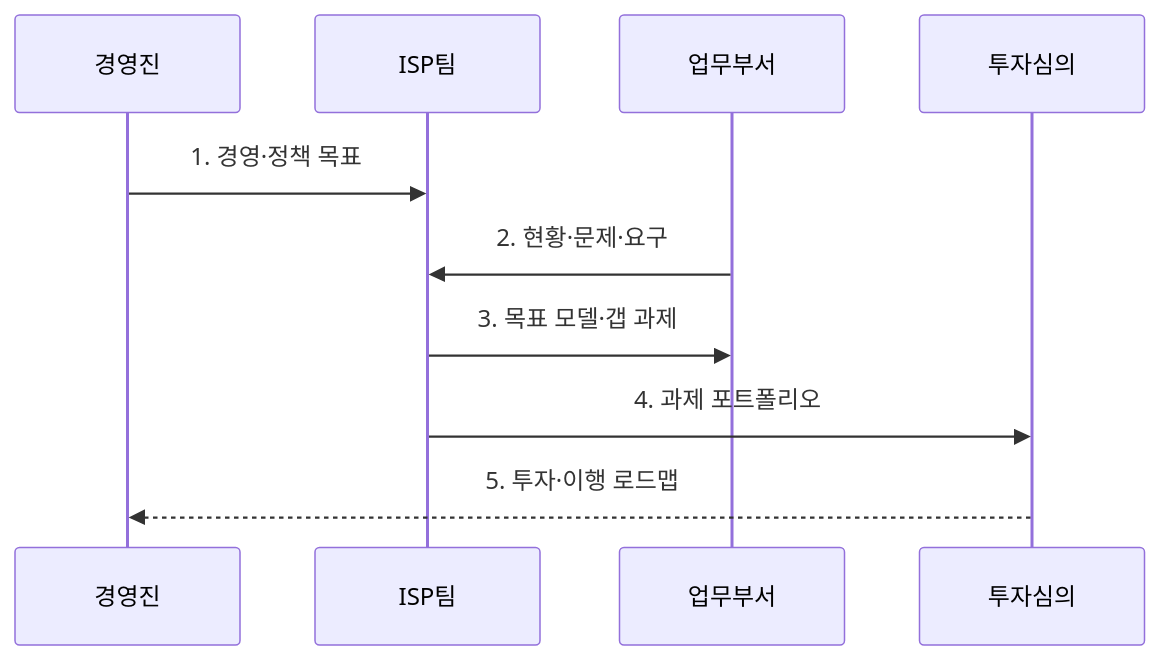
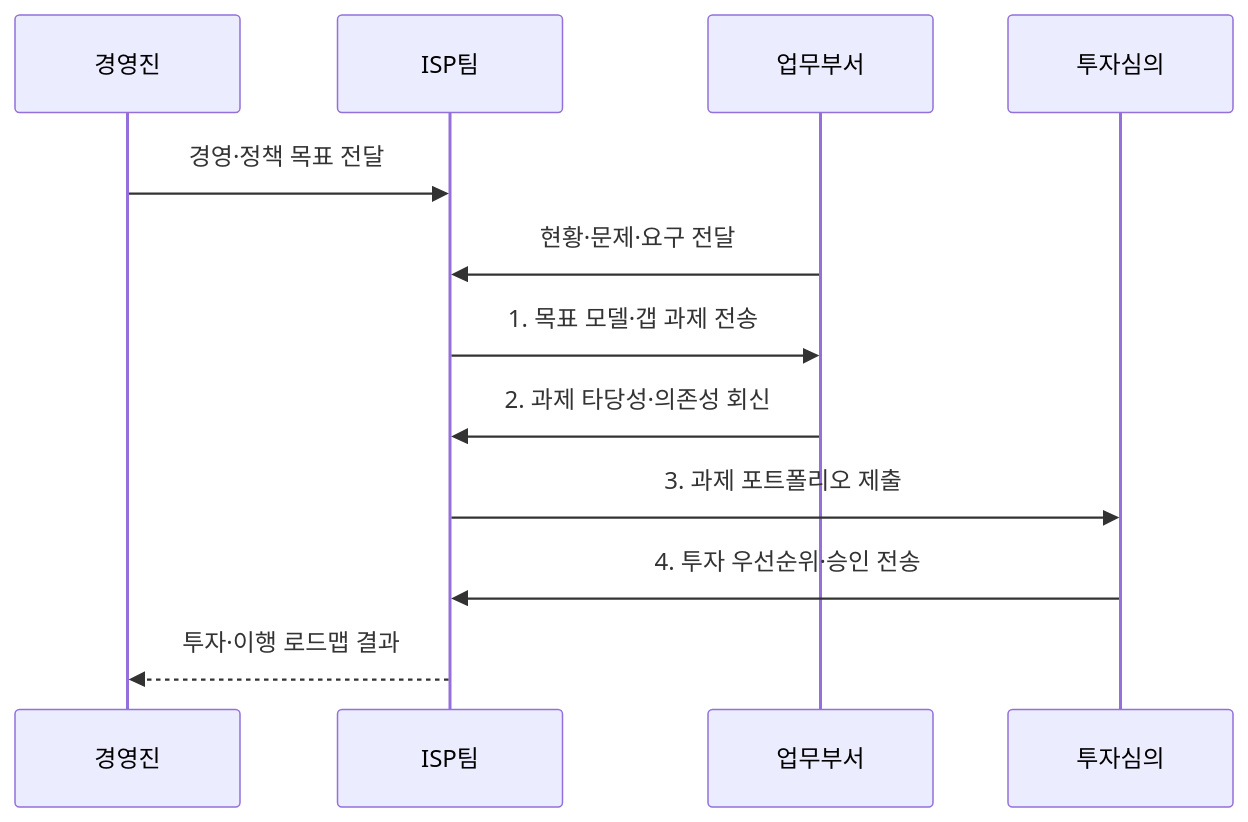
The second of 2 diagrams in src/content/docs/notes/07-law-policy/002_information_strategy_plan_isp.md (agnusdei1207/knowledge-base), drawn with Mermaid before and after one commit. The commit also changed other lines of this file and 20 other files, not shown here.

````diff
--- a/src/content/docs/notes/07-law-policy/002_information_strategy_plan_isp.md
+++ b/src/content/docs/notes/07-law-policy/002_information_strategy_plan_isp.md
@@ -75,12 +74,14 @@
 ```mermaid
 sequenceDiagram
     participant M as 경영진
     participant I as ISP팀
     participant D as 업무부서
     participant P as 투자심의
-    M->>I: 1. 경영·정책 목표
-    D->>I: 2. 현황·문제·요구
-    I->>D: 3. 목표 모델·갭 과제
-    I->>P: 4. 과제 포트폴리오
-    P-->>M: 5. 투자·이행 로드맵
+    M->>I: 경영·정책 목표 전달
+    D->>I: 현황·문제·요구 전달
+    I->>D: 1. 목표 모델·갭 과제 전송
+    D->>I: 2. 과제 타당성·의존성 회신
+    I->>P: 3. 과제 포트폴리오 제출
+    P->>I: 4. 투자 우선순위·승인 전송
+    I-->>M: 투자·이행 로드맵 결과
 ```
````
